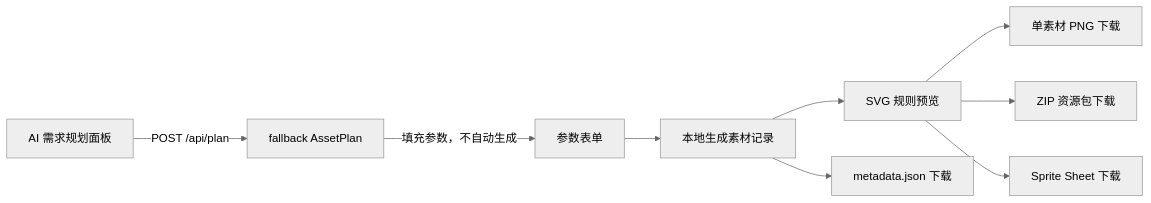
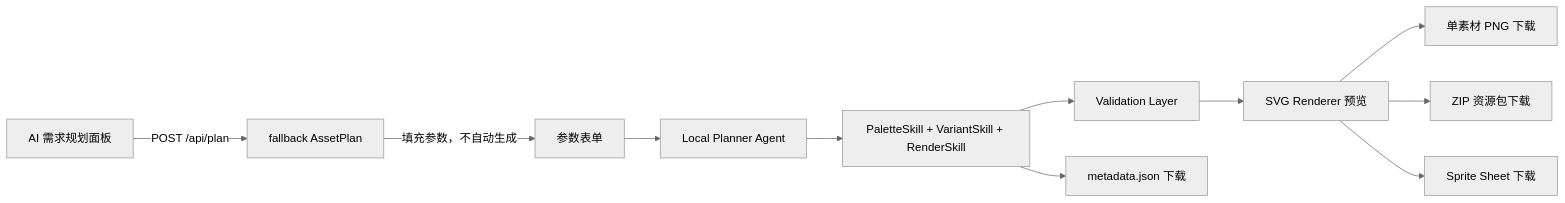
One commit to px-ego/game-asset-forge changed the first of 3 diagrams in docs/ARCHITECTURE.md. Above: the diagram before and after it, drawn with Mermaid (neutral theme). The commit also changed other lines of this file and 19 other files, not shown here.

````diff
--- a/docs/ARCHITECTURE.md
+++ b/docs/ARCHITECTURE.md
@@ -19,11 +19,13 @@
 ```mermaid
 flowchart LR
   P["AI 需求规划面板"] -->|"POST /api/plan"| H["fallback AssetPlan"]
   H -->|"填充参数，不自动生成"| A["参数表单"]
-  A --> B["本地生成素材记录"]
-  B --> C["SVG 规则预览"]
+  A --> B["Local Planner Agent"]
+  B --> S["PaletteSkill + VariantSkill + RenderSkill"]
+  S --> V["Validation Layer"]
+  V --> C["SVG Renderer 预览"]
   C --> D["单素材 PNG 下载"]
-  B --> E["metadata.json 下载"]
+  S --> E["metadata.json 下载"]
   C --> F["ZIP 资源包下载"]
   C --> G["Sprite Sheet 下载"]
 ```
````
